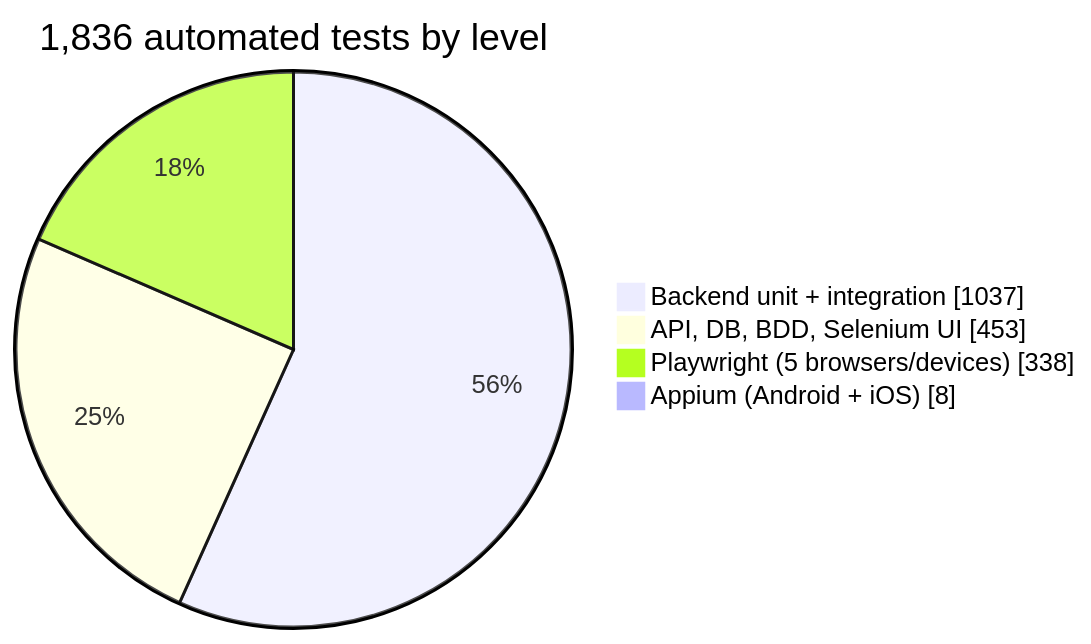
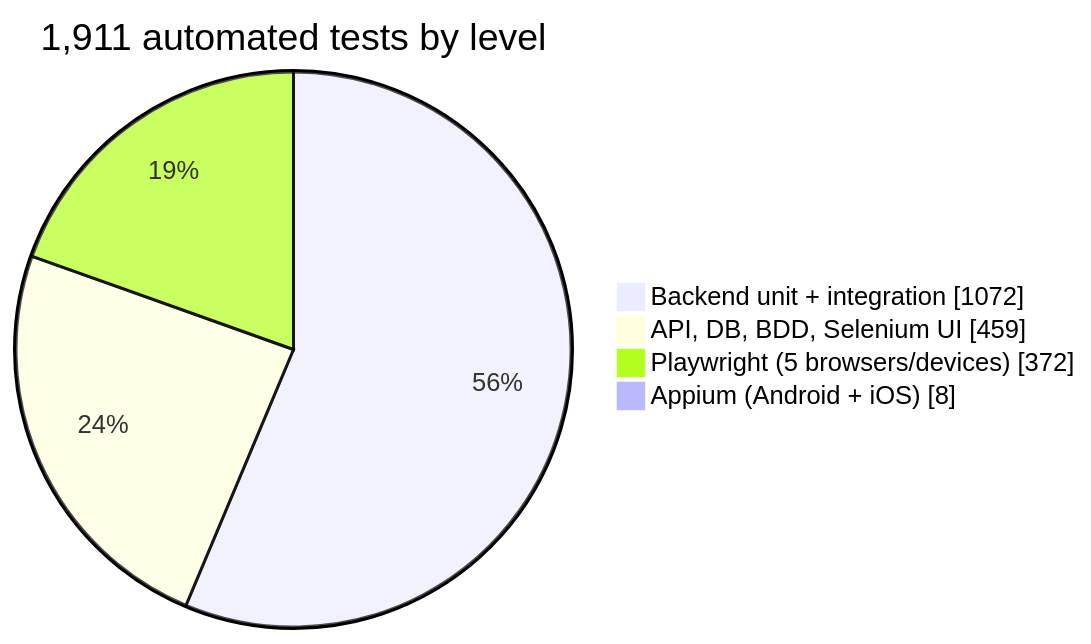
Before and after one commit to rbchy/RbcTcsWorld: the first of 2 diagrams in README.md, drawn with Mermaid. The commit also changed other lines of this file and 2 other files, not shown here.

````diff
--- a/README.md
+++ b/README.md
@@ -44,8 +44,8 @@
 ```mermaid
 pie showData
-    title 1,836 automated tests by level
-    "Backend unit + integration" : 1037
-    "API, DB, BDD, Selenium UI" : 453
-    "Playwright (5 browsers/devices)" : 338
+    title 1,911 automated tests by level
+    "Backend unit + integration" : 1072
+    "API, DB, BDD, Selenium UI" : 459
+    "Playwright (5 browsers/devices)" : 372
     "Appium (Android + iOS)" : 8
 ```
````
